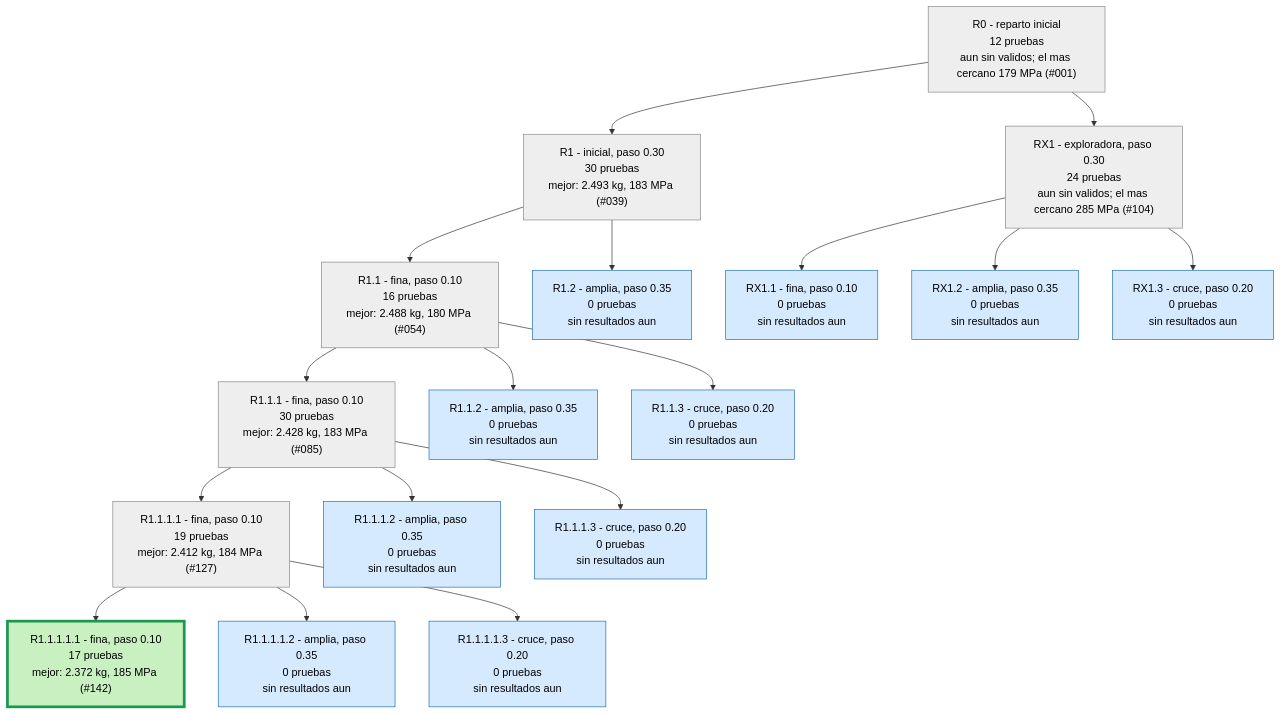
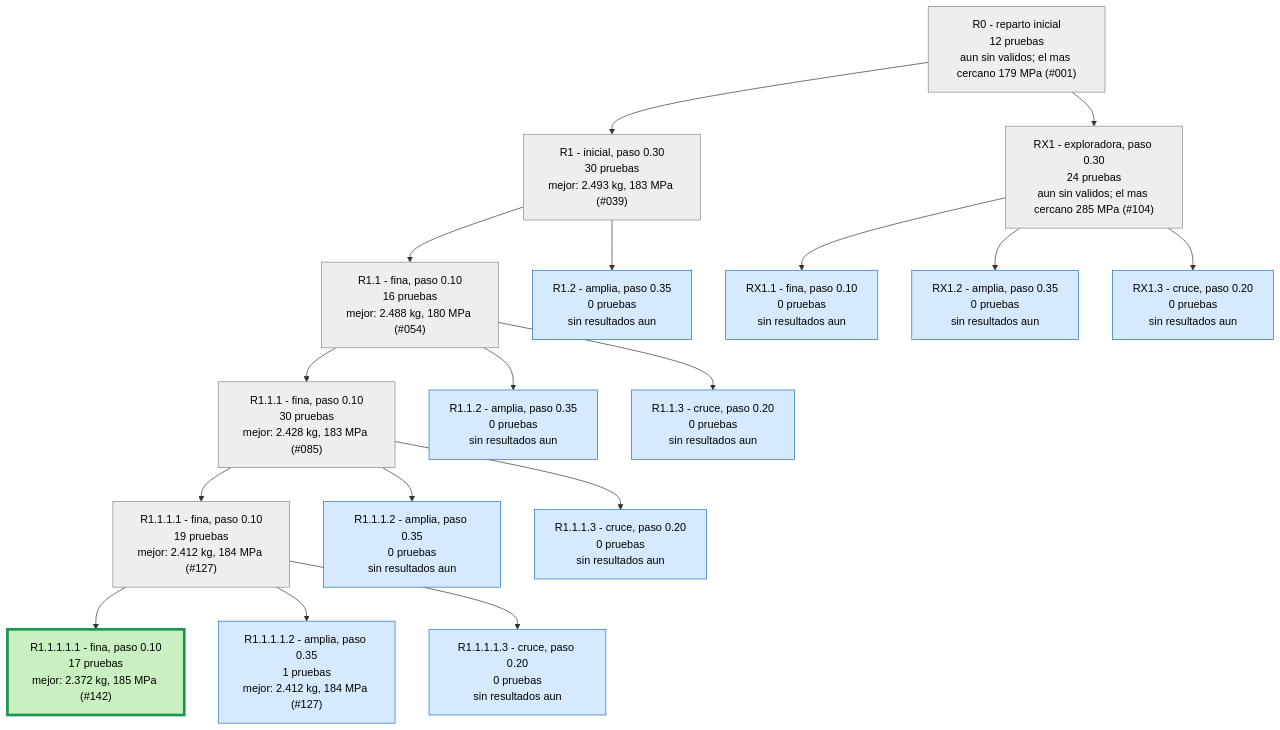
One commit to Hugiko/msd-soporte-optimizacion changed the first of 3 diagrams in runs/opt_37800N/ARBOL.md. Above: the diagram before and after it, drawn with Mermaid. The commit also changed 16 other files, not shown here.

````diff
--- a/runs/opt_37800N/ARBOL.md
+++ b/runs/opt_37800N/ARBOL.md
@@ -9,39 +9,39 @@
 ```mermaid
 graph TD
 classDef activa fill:#d6eaff,stroke:#1f6fb5,color:#000
 classDef fin fill:#eeeeee,stroke:#888,color:#000
 classDef mejor fill:#c8f0c0,stroke:#1a9850,stroke-width:4px,color:#000
 R0["R0 - reparto inicial<br/>12 pruebas<br/>aun sin validos; el mas cercano 179 MPa (#001)"]:::fin
 R1["R1 - inicial, paso 0.30<br/>30 pruebas<br/>mejor: 2.493 kg, 183 MPa (#039)"]:::fin
 R0 --> R1
 R1_1["R1.1 - fina, paso 0.10<br/>16 pruebas<br/>mejor: 2.488 kg, 180 MPa (#054)"]:::fin
 R1 --> R1_1
 R1_2["R1.2 - amplia, paso 0.35<br/>0 pruebas<br/>sin resultados aun"]:::activa
 R1 --> R1_2
 R1_1_1["R1.1.1 - fina, paso 0.10<br/>30 pruebas<br/>mejor: 2.428 kg, 183 MPa (#085)"]:::fin
 R1_1 --> R1_1_1
 R1_1_2["R1.1.2 - amplia, paso 0.35<br/>0 pruebas<br/>sin resultados aun"]:::activa
 R1_1 --> R1_1_2
 R1_1_3["R1.1.3 - cruce, paso 0.20<br/>0 pruebas<br/>sin resultados aun"]:::activa
 R1_1 --> R1_1_3
 R1_1_1_1["R1.1.1.1 - fina, paso 0.10<br/>19 pruebas<br/>mejor: 2.412 kg, 184 MPa (#127)"]:::fin
 R1_1_1 --> R1_1_1_1
 R1_1_1_2["R1.1.1.2 - amplia, paso 0.35<br/>0 pruebas<br/>sin resultados aun"]:::activa
 R1_1_1 --> R1_1_1_2
 R1_1_1_3["R1.1.1.3 - cruce, paso 0.20<br/>0 pruebas<br/>sin resultados aun"]:::activa
 R1_1_1 --> R1_1_1_3
 RX1["RX1 - exploradora, paso 0.30<br/>24 pruebas<br/>aun sin validos; el mas cercano 285 MPa (#104)"]:::fin
 R0 --> RX1
 RX1_1["RX1.1 - fina, paso 0.10<br/>0 pruebas<br/>sin resultados aun"]:::activa
 RX1 --> RX1_1
 RX1_2["RX1.2 - amplia, paso 0.35<br/>0 pruebas<br/>sin resultados aun"]:::activa
 RX1 --> RX1_2
 RX1_3["RX1.3 - cruce, paso 0.20<br/>0 pruebas<br/>sin resultados aun"]:::activa
 RX1 --> RX1_3
 R1_1_1_1_1["R1.1.1.1.1 - fina, paso 0.10<br/>17 pruebas<br/>mejor: 2.372 kg, 185 MPa (#142)"]:::mejor
 R1_1_1_1 --> R1_1_1_1_1
-R1_1_1_1_2["R1.1.1.1.2 - amplia, paso 0.35<br/>0 pruebas<br/>sin resultados aun"]:::activa
+R1_1_1_1_2["R1.1.1.1.2 - amplia, paso 0.35<br/>1 pruebas<br/>mejor: 2.412 kg, 184 MPa (#127)"]:::activa
 R1_1_1_1 --> R1_1_1_1_2
 R1_1_1_1_3["R1.1.1.1.3 - cruce, paso 0.20<br/>0 pruebas<br/>sin resultados aun"]:::activa
 R1_1_1_1 --> R1_1_1_1_3
 ```
````
